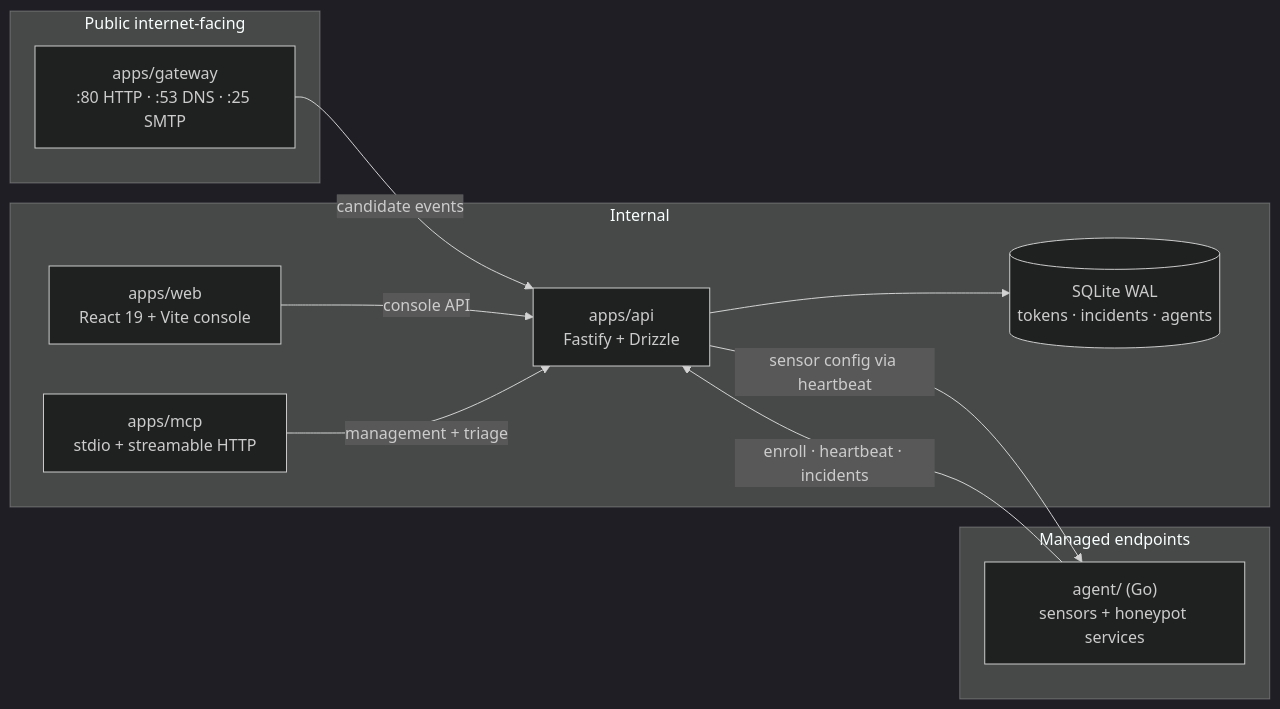
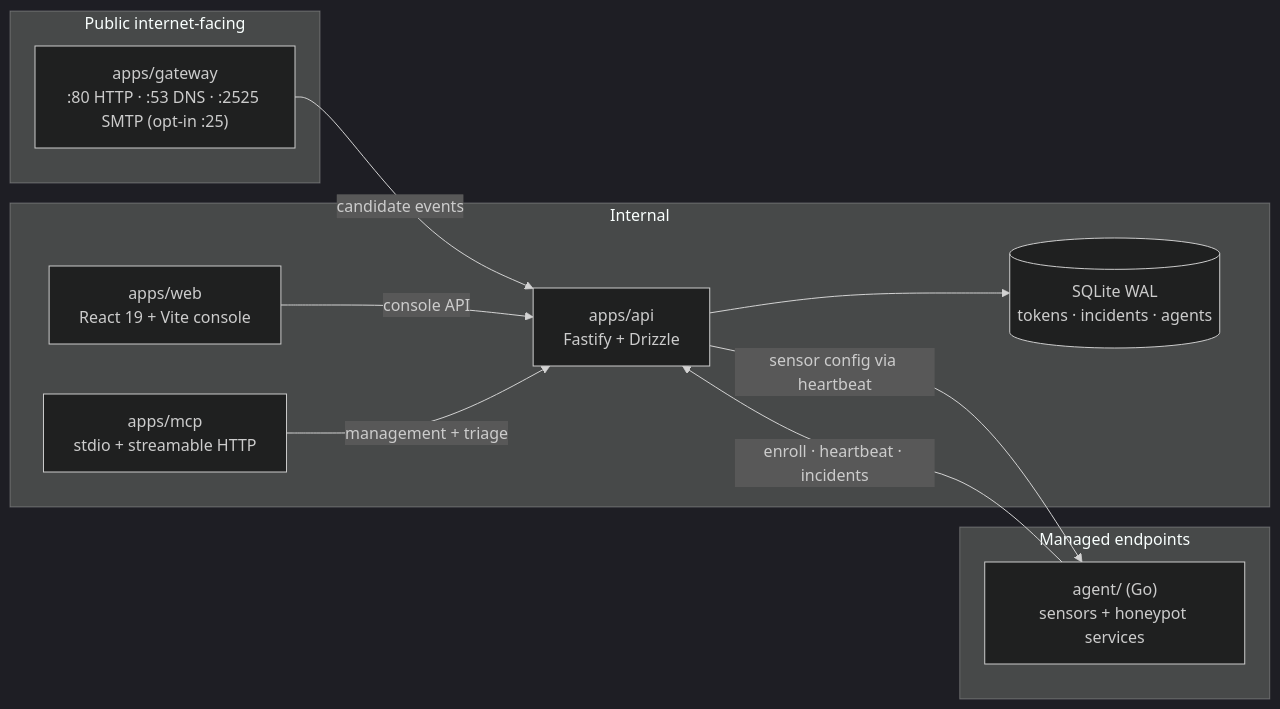
Before and after one commit to ubercylon8/f0_hpot: the second of 3 diagrams in ARCHITECTURE.md, drawn with Mermaid (dark theme). The commit also changed other lines of this file, not shown here.

First line of the commit message:
docs: align ARCHITECTURE.md SMTP port with INSTALL.md and code

````diff
--- a/ARCHITECTURE.md
+++ b/ARCHITECTURE.md
@@ -140,22 +140,22 @@
 ```mermaid
 flowchart LR
     subgraph public["Public internet-facing"]
-        GW["apps/gateway<br/>:80 HTTP · :53 DNS · :25 SMTP"]
+        GW["apps/gateway<br/>:80 HTTP · :53 DNS · :2525 SMTP (opt-in :25)"]
     end
     subgraph internal["Internal"]
         API["apps/api<br/>Fastify + Drizzle"]
         DB[("SQLite WAL<br/>tokens · incidents · agents")]
         WEB["apps/web<br/>React 19 + Vite console"]
         MCP["apps/mcp<br/>stdio + streamable HTTP"]
     end
     subgraph fleet["Managed endpoints"]
         AG["agent/ (Go)<br/>sensors + honeypot services"]
     end
 
     GW -->|candidate events| API
     WEB -->|console API| API
     MCP -->|management + triage| API
     AG -->|enroll · heartbeat · incidents| API
     API --> DB
     API -->|sensor config via heartbeat| AG
 ```
````
